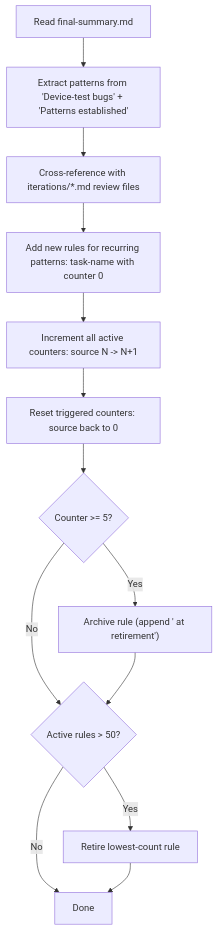
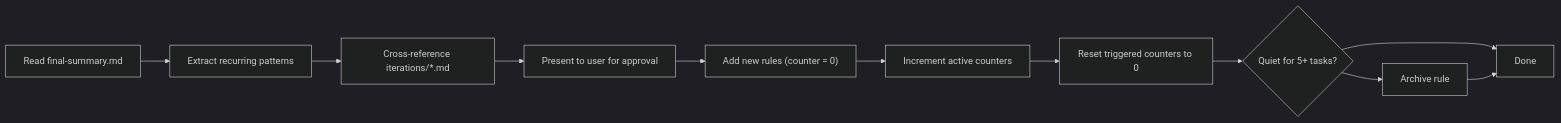
One commit to Nayeem170/KoThok changed the sixth of 9 diagrams in docs/AGENTIC_PIPELINE.md. Above: the diagram before and after it, drawn with Mermaid. The commit also changed other lines of this file and 1 other file, not shown here.

First line of the commit message:
docs: rewrite pipeline diagrams for dark mode readability

````diff
--- a/docs/AGENTIC_PIPELINE.md
+++ b/docs/AGENTIC_PIPELINE.md
@@ -415,15 +388,14 @@
 ```mermaid
-flowchart TD
-    A["Read final-summary.md"] --> B["Extract patterns from 'Device-test bugs' + 'Patterns established'"]
-    B --> C["Cross-reference with iterations/*.md review files"]
-    C --> D["Add new rules for recurring patterns: task-name with counter 0"]
-    D --> E["Increment all active counters: source N -> N+1"]
-    E --> F["Reset triggered counters: source back to 0"]
-    F --> G{"Counter >= 5?"}
-    G -- Yes --> H["Archive rule (append ' at retirement')"]
-    G -- No --> I{"Active rules > 50?"}
-    I -- Yes --> J["Retire lowest-count rule"]
-    I -- No --> DONE["Done"]
-    H --> I
-    J --> DONE
+%%{init: {'theme': 'dark'}}%%
+flowchart LR
+    A["Read final-summary.md"] --> B["Extract recurring patterns"]
+    B --> C["Cross-reference iterations/*.md"]
+    C --> U["Present to user for approval"]
+    U --> D["Add new rules (counter = 0)"]
+    D --> E["Increment active counters"]
+    E --> F["Reset triggered counters to 0"]
+    F --> G{"Quiet for 5+ tasks?"}
+    G --> H["Archive rule"]
+    G --> DONE["Done"]
+    H --> DONE
 ```
````
